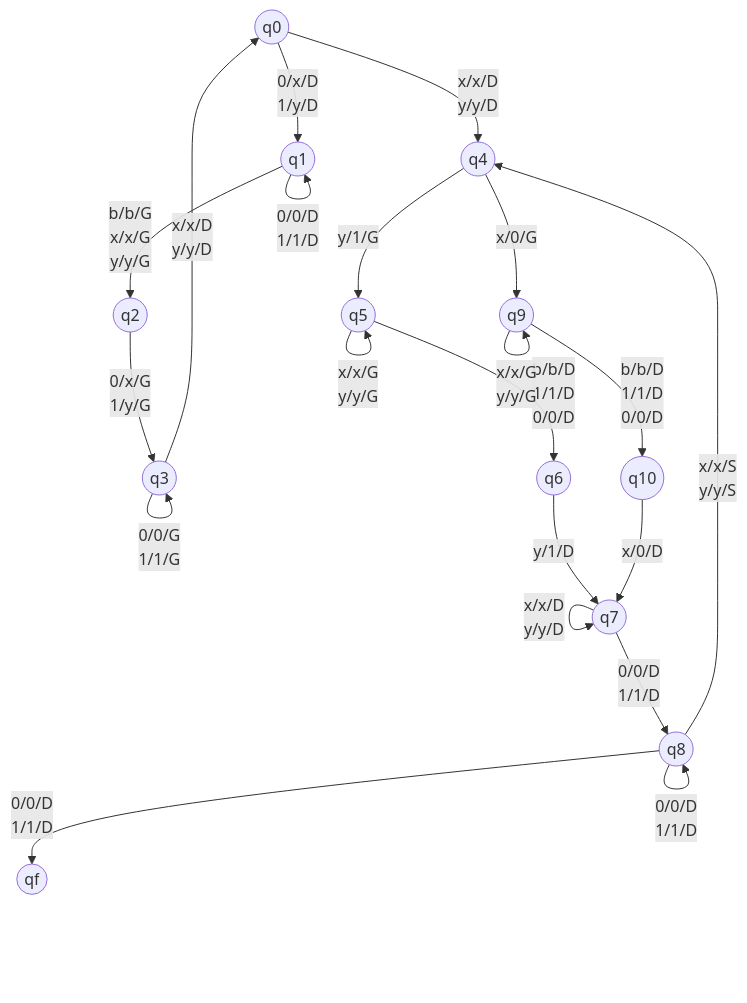
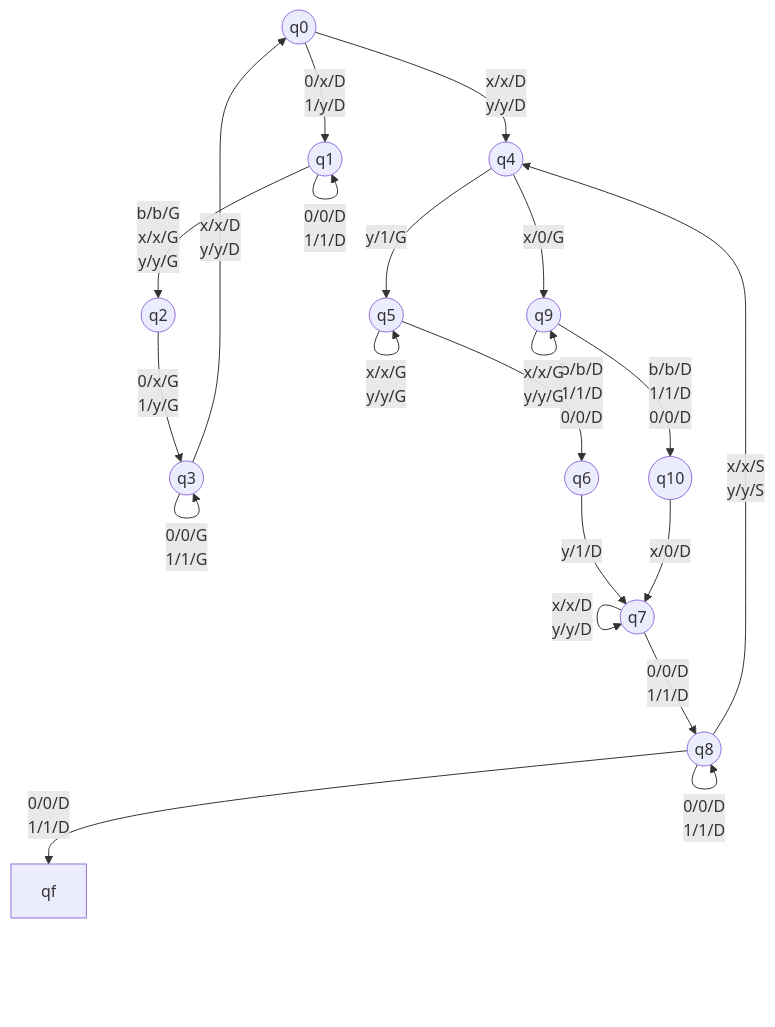
One commit to FlorianLatapie/PNS-SI4-S7_Algorithmique changed the fourth of 8 diagrams in TDs/TD2/TD2.md. Above: the diagram before and after it, drawn with Mermaid. The commit also changed other lines of this file, not shown here.

````diff
--- a/TDs/TD2/TD2.md
+++ b/TDs/TD2/TD2.md
@@ -57,33 +58,33 @@
 ```mermaid
 graph TB
-    q0((q0)) --> | 0/x/D<br/>1/y/D | q1((q1))
-    q0((q0)) --> | x/x/D<br/>y/y/D | q4((q4))
+    q0((q0)) --> | 0/x/D<br/>1/y/D | q1
+    q0((q0)) --> | x/x/D<br/>y/y/D | q4
 
-    q1((q1)) --> | 0/0/D<br/>1/1/D | q1((q1))
-    q1((q1)) --> | b/b/G<br/>x/x/G<br/>y/y/G | q2((q2))
+    q1((q1)) --> | 0/0/D<br/>1/1/D | q1
+    q1((q1)) --> | b/b/G<br/>x/x/G<br/>y/y/G | q2
 
-    q2((q2)) --> | 0/x/G<br/>1/y/G | q3((q3))
+    q2((q2)) --> | 0/x/G<br/>1/y/G | q3
 
-    q3((q3)) --> | 0/0/G<br/>1/1/G | q3((q3))
-    q3((q3)) --> | x/x/D<br/>y/y/D | q0((q0))
+    q3((q3)) --> | 0/0/G<br/>1/1/G | q3
+    q3((q3)) --> | x/x/D<br/>y/y/D | q0
 
-    q4((q4)) --> | y/1/G | q5((q5))
-    q4((q4)) --> | x/0/G | q9((q9))
+    q4((q4)) --> | y/1/G | q5
+    q4((q4)) --> | x/0/G | q9
 
-    q5((q5)) --> | x/x/G<br/>y/y/G | q5((q5))
-    q5((q5)) --> | b/b/D<br/>1/1/D<br/>0/0/D | q6((q6))
+    q5((q5)) --> | x/x/G<br/>y/y/G | q5
+    q5((q5)) --> | b/b/D<br/>1/1/D<br/>0/0/D | q6
 
-    q6((q6)) --> | y/1/D | q7((q7))
+    q6((q6)) --> | y/1/D | q7
 
-    q7((q7)) --> | x/x/D<br/>y/y/D | q7((q7))
-    q7((q7)) --> | 0/0/D<br/>1/1/D | q8((q8))
+    q7((q7)) --> | x/x/D<br/>y/y/D | q7
+    q7((q7)) --> | 0/0/D<br/>1/1/D | q8
 
-    q8((q8)) --> | 0/0/D<br/>1/1/D | q8((q8))
-    q8((q8)) --> | x/x/S<br/>y/y/S | q4((q4))
-    q8((q8)) --> | 0/0/D<br/>1/1/D | qf((qf))
+    q8((q8)) --> | 0/0/D<br/>1/1/D | q8
+    q8((q8)) --> | x/x/S<br/>y/y/S | q4
+    q8((q8)) --> | 0/0/D<br/>1/1/D | qf
 
-    q9((q9)) --> | x/x/G<br/>y/y/G | q9((q9))
-    q9((q9)) --> | b/b/D<br/>1/1/D<br/>0/0/D | q10((q10))
+    q9((q9)) --> | x/x/G<br/>y/y/G | q9
+    q9((q9)) --> | b/b/D<br/>1/1/D<br/>0/0/D | q10
 
-    q10((q10)) --> | x/0/D | q7((q7))
+    q10((q10)) --> | x/0/D | q7
 ```
````
